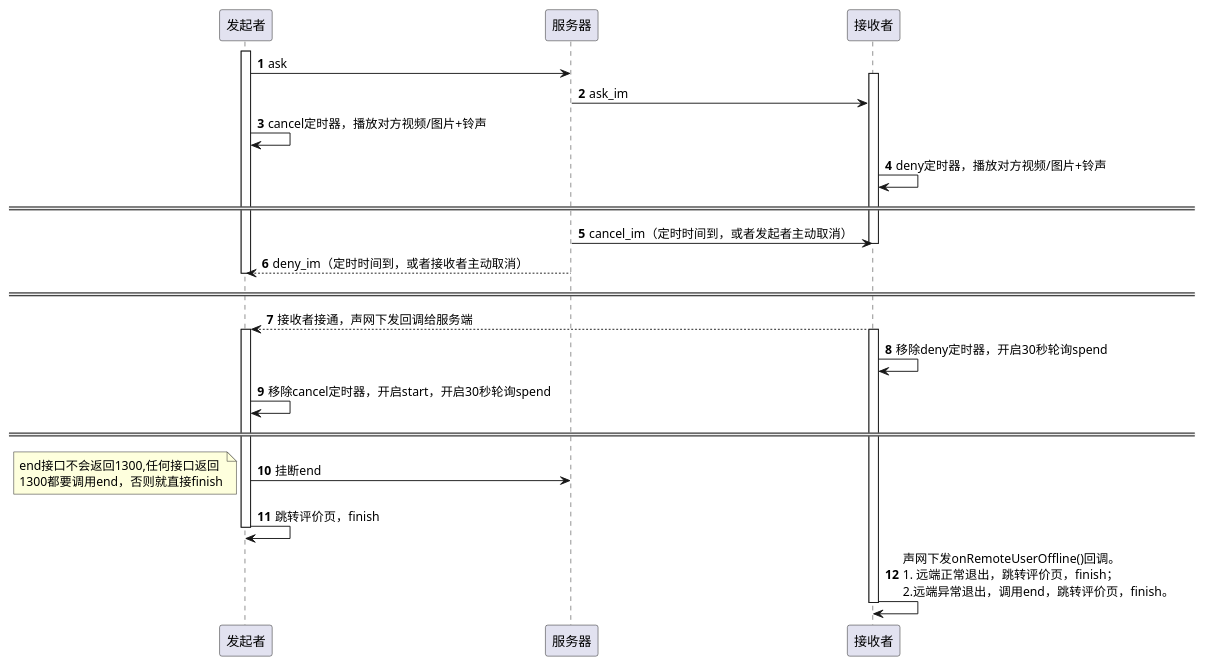
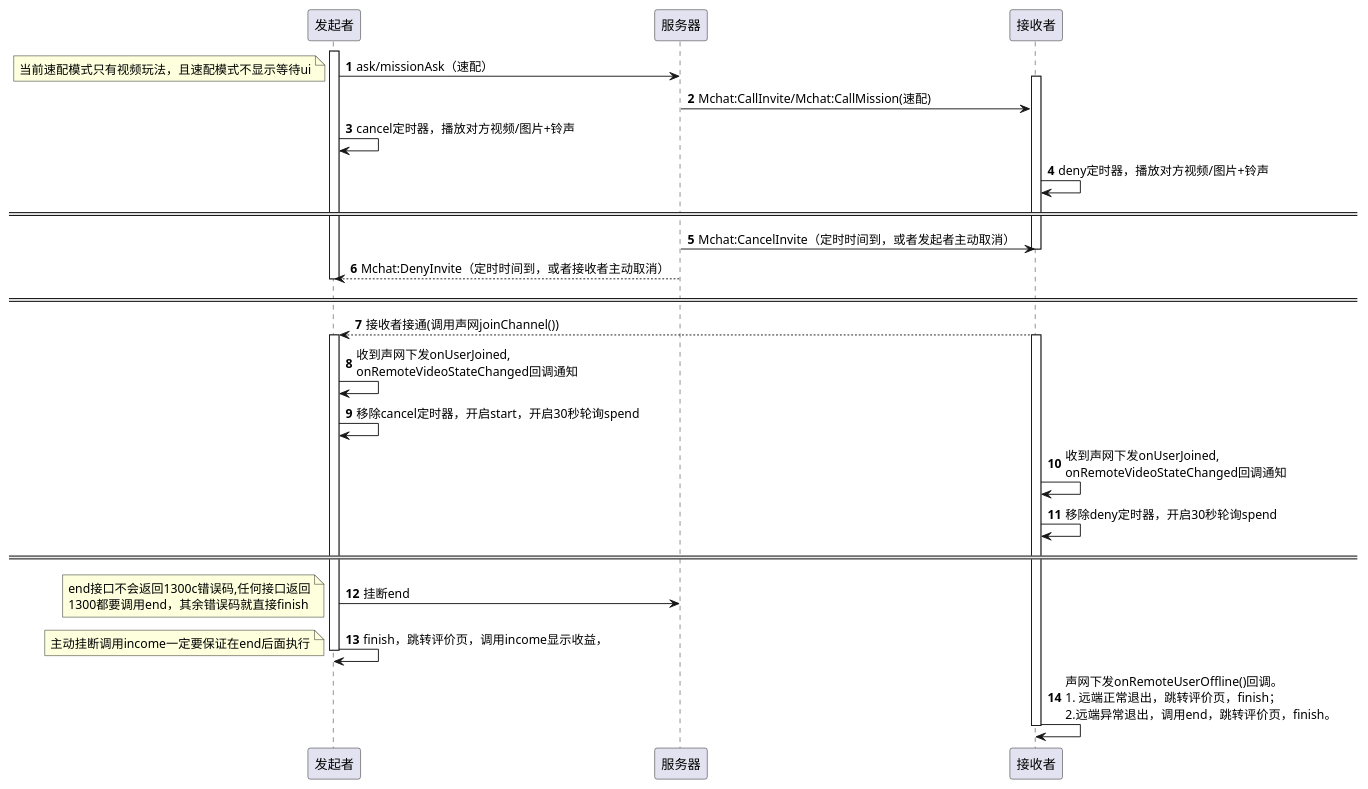
The diagram in doc/Call.puml (xieren58/Breath), drawn with PlantUML before and after one commit.

Commit message:
修改

```diff
--- a/doc/Call.puml
+++ b/doc/Call.puml
@@ -1,35 +1,39 @@
 @startuml
 'https://plantuml.com/sequence-diagram
 
 autonumber
 skinparam responseMessageBelowArrow true
 
 activate 发起者
-发起者 -> 服务器: ask
+发起者 -> 服务器: ask/missionAsk（速配）
+note left: 当前速配模式只有视频玩法，且速配模式不显示等待ui
 activate 接收者
-服务器 -> 接收者: ask_im
+服务器 -> 接收者: Mchat:CallInvite/Mchat:CallMission(速配)
 发起者 -> 发起者 :cancel定时器，播放对方视频/图片+铃声
 接收者 -> 接收者: deny定时器，播放对方视频/图片+铃声
 ====
 
-服务器 -> 接收者 : cancel_im（定时时间到，或者发起者主动取消）
+服务器 -> 接收者 : Mchat:CancelInvite（定时时间到，或者发起者主动取消）
 deactivate 接收者
-服务器 --> 发起者 : deny_im（定时时间到，或者接收者主动取消）
+服务器 --> 发起者 : Mchat:DenyInvite（定时时间到，或者接收者主动取消）
 deactivate 发起者
 ====
 
-接收者 --> 发起者: 接收者接通，声网下发回调给服务端
+接收者 --> 发起者: 接收者接通(调用声网joinChannel())
 activate 发起者
 activate 接收者
+发起者 -> 发起者: 收到声网下发onUserJoined,\nonRemoteVideoStateChanged回调通知
+发起者 -> 发起者: 移除cancel定时器，开启start，开启30秒轮询spend
+接收者 -> 接收者: 收到声网下发onUserJoined,\nonRemoteVideoStateChanged回调通知
 接收者 -> 接收者: 移除deny定时器，开启30秒轮询spend
-发起者 -> 发起者: 移除cancel定时器，开启start，开启30秒轮询spend
 ====
 
 发起者 -> 服务器: 挂断end
-note left: end接口不会返回1300,任何接口返回\n1300都要调用end，否则就直接finish
-发起者 -> 发起者: 跳转评价页，finish
+note left: end接口不会返回1300c错误码,任何接口返回\n1300都要调用end，其余错误码就直接finish
+发起者 -> 发起者: finish，跳转评价页，调用income显示收益，
+note left: 主动挂断调用income一定要保证在end后面执行
 deactivate 发起者
 接收者 -> 接收者: 声网下发onRemoteUserOffline()回调。\n1. 远端正常退出，跳转评价页，finish；\n2.远端异常退出，调用end，跳转评价页，finish。
 deactivate 接收者
 
 @enduml
```
